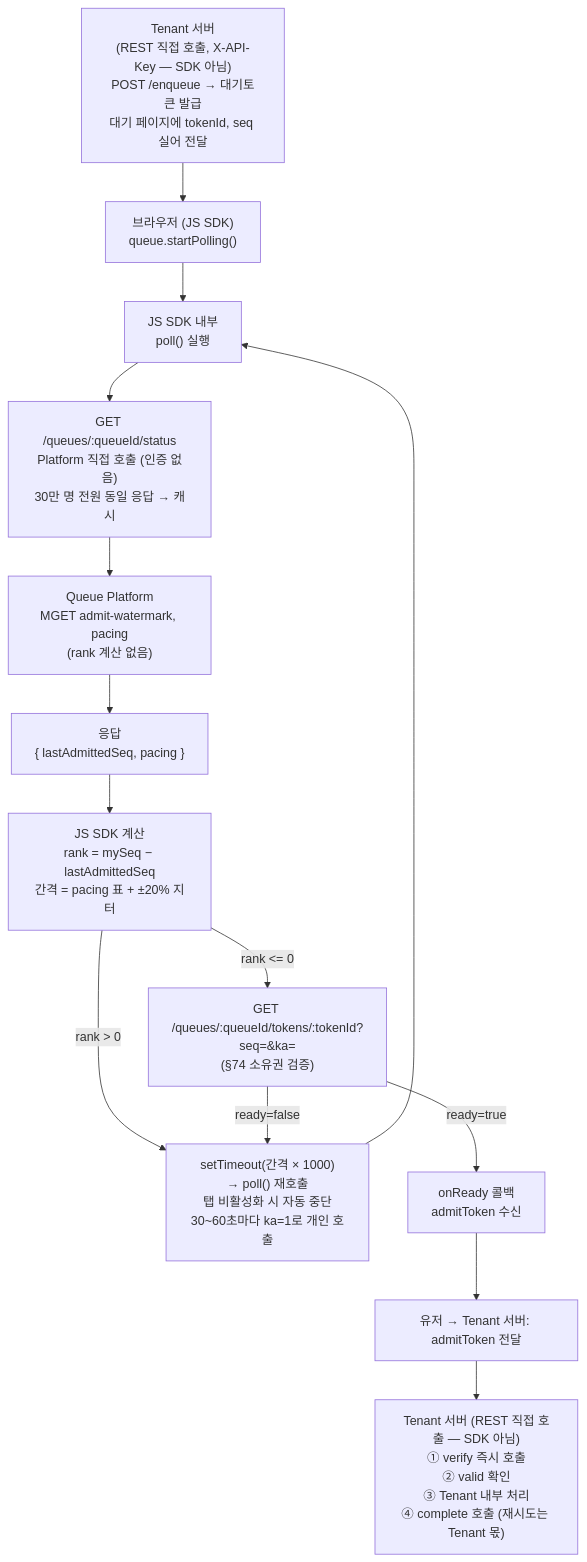
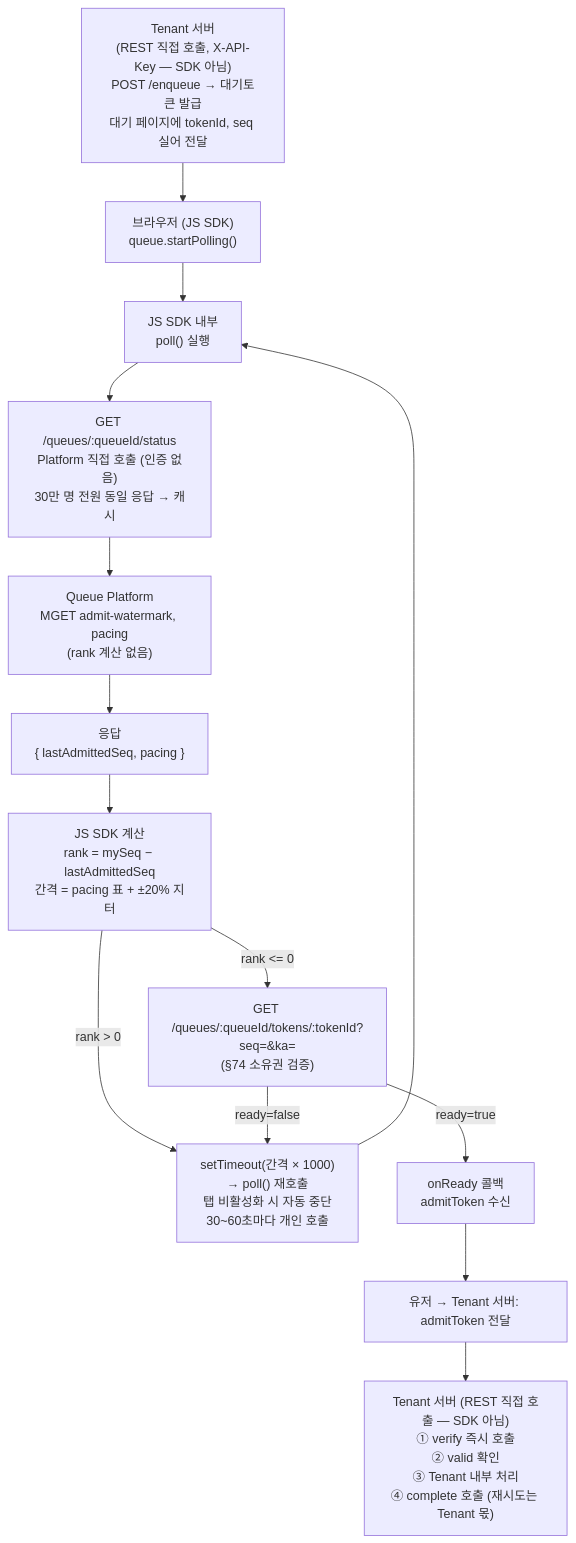
Before and after one commit to S-Onix/queue-platform: the eighth of 11 diagrams in doc/FLOW.md, drawn with Mermaid. The commit also changed other lines of this file and 9 other files, not shown here.

````diff
--- a/doc/FLOW.md
+++ b/doc/FLOW.md
@@ -295,20 +295,20 @@
 ```mermaid
 flowchart TD
     TENANT["Tenant 서버\n(REST 직접 호출, X-API-Key — SDK 아님)\nPOST /enqueue → 대기토큰 발급\n대기 페이지에 tokenId, seq 실어 전달"]
     --> CLIENT["브라우저 (JS SDK)\nqueue.startPolling()"]
 
     CLIENT --> POLL["JS SDK 내부\npoll() 실행"]
     --> REQ["GET /queues/:queueId/status\nPlatform 직접 호출 (인증 없음)\n30만 명 전원 동일 응답 → 캐시"]
     --> PLATFORM["Queue Platform\nMGET admit-watermark, pacing\n(rank 계산 없음)"]
     --> RESP["응답\n{ lastAdmittedSeq, pacing }"]
 
     RESP --> CALC["JS SDK 계산\nrank = mySeq − lastAdmittedSeq\n간격 = pacing 표 + ±20% 지터"]
-    CALC -->|"rank > 0"| TIMER["setTimeout(간격 × 1000)\n→ poll() 재호출\n탭 비활성화 시 자동 중단\n30~60초마다 ka=1로 개인 호출"]
+    CALC -->|"rank > 0"| TIMER["setTimeout(간격 × 1000)\n→ poll() 재호출\n탭 비활성화 시 자동 중단\n30~60초마다 개인 호출"]
     TIMER --> POLL
 
     CALC -->|"rank <= 0"| ME["GET /queues/:queueId/tokens/:tokenId?seq=&ka=\n(§74 소유권 검증)"]
     ME -->|"ready=false"| TIMER
     ME -->|"ready=true"| CB["onReady 콜백\nadmitToken 수신"]
     --> SEND["유저 → Tenant 서버: admitToken 전달"]
     --> TENANT2["Tenant 서버 (REST 직접 호출 — SDK 아님)\n① verify 즉시 호출\n② valid 확인\n③ Tenant 내부 처리\n④ complete 호출 (재시도는 Tenant 몫)"]
 ```
````
